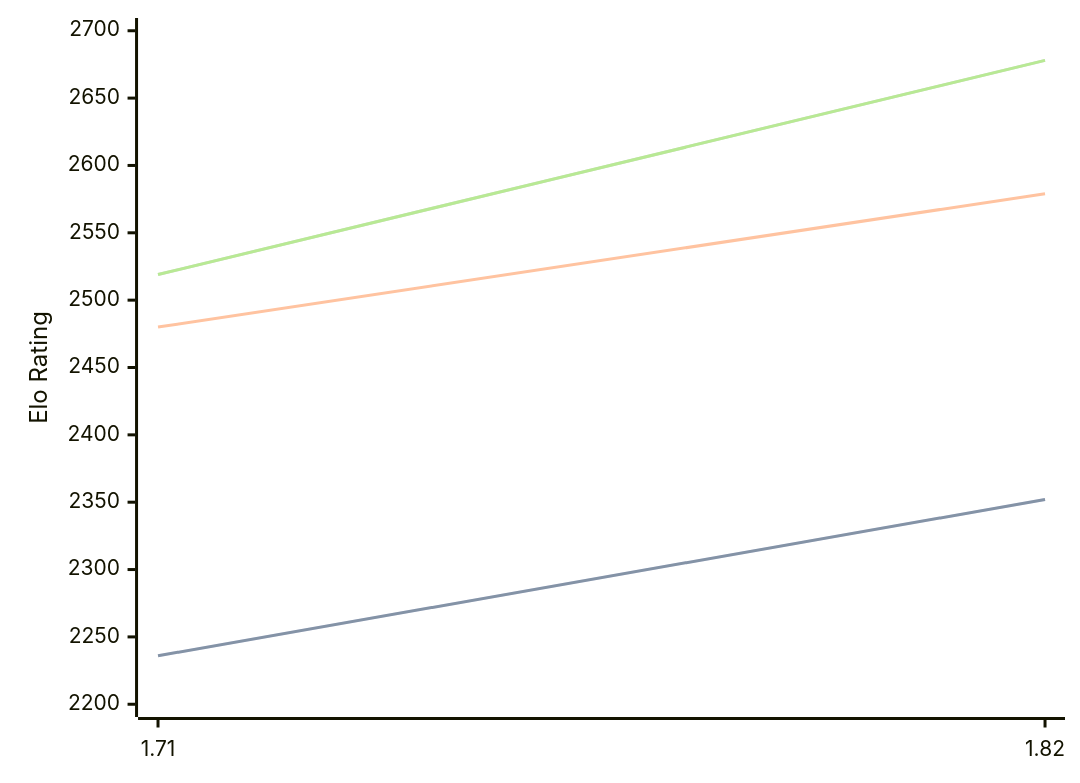
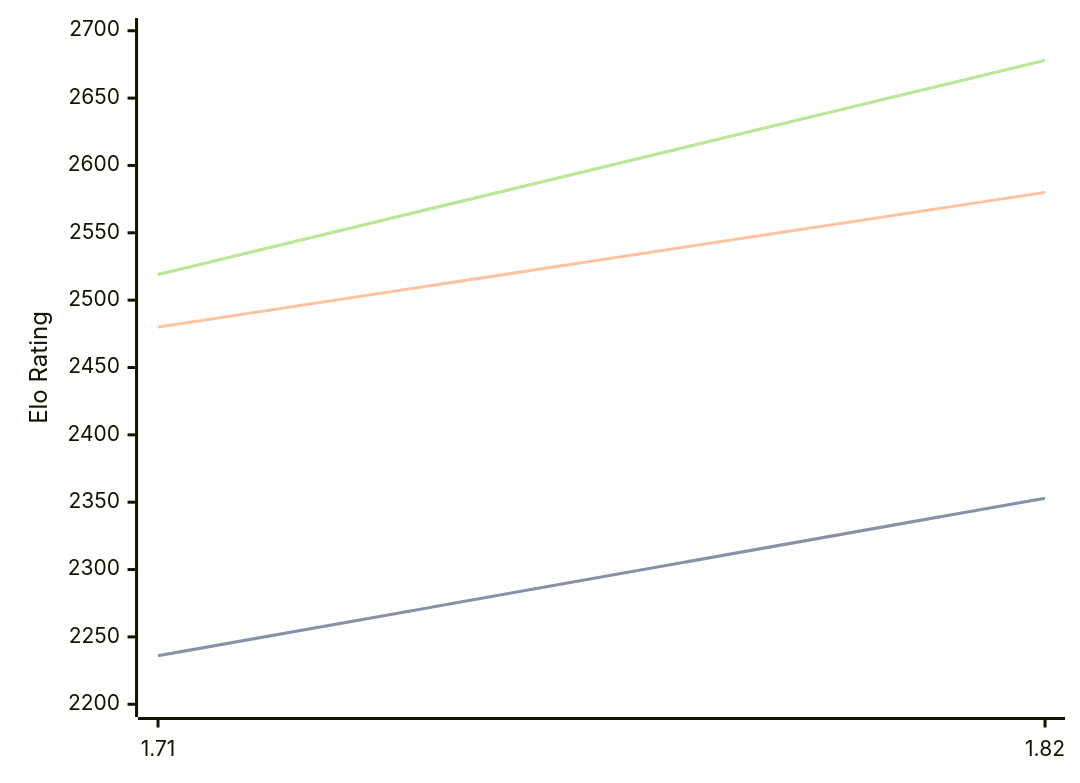
The diagram in engines/Amira.md (computer-chess-index/cci), drawn with Mermaid before and after one commit. The commit also changed other lines of this file, not shown here.

Commit message:
Update CCI Ratings (ELO VLTC) - 2026-02-19

````diff
--- a/engines/Amira.md
+++ b/engines/Amira.md
@@ -32,11 +32,11 @@
 ```mermaid
 %%{init: {"theme":"base","themeVariables":{"seriesColors:['#a3a3a3','#222221','#faa371']}}}%%
 xychart-beta
   x-axis ["1.71", "1.82"]
   y-axis "Elo Rating" 2200 --> 2700
-  line "STC (8.0+0.08s)" [2236, 2352]
-  line "STC (8.0+0.08s)" [2236, 2352]
-  line "LTC (60.0+0.60s)" [2480, 2579]
+  line "STC (8.0+0.08s)" [2236, 2353]
+  line "STC (8.0+0.08s)" [2236, 2353]
+  line "LTC (60.0+0.60s)" [2480, 2580]
   line "VLTC (2m24s+1.12s)" [2519, 2678]
   line "VLTC (2m24s+1.12s)" [2519, 2678]
 ```
````
